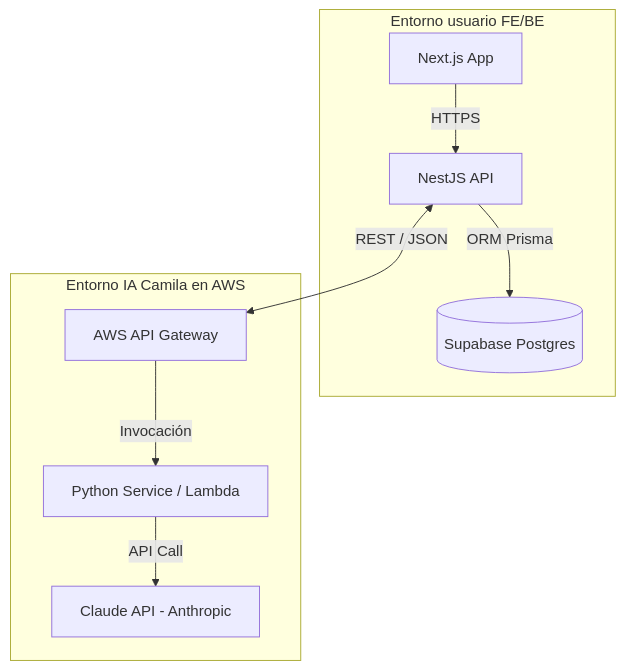
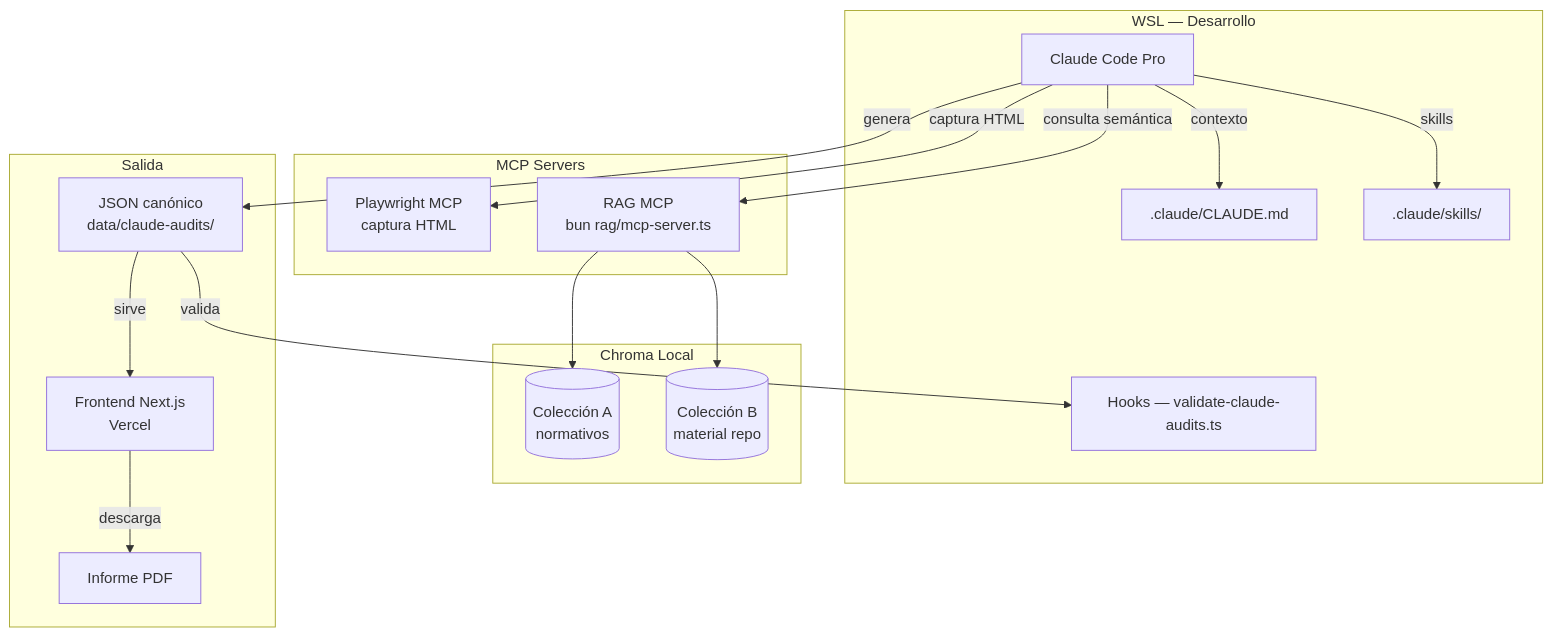
Before and after one commit to Fernandodesign96/lc-inapi.app: the diagram in docs/PROPUESTA_TECNICA_INTEGRAL.md, drawn with Mermaid. The commit also changed other lines of this file, not shown here.

````diff
--- a/docs/PROPUESTA_TECNICA_INTEGRAL.md
+++ b/docs/PROPUESTA_TECNICA_INTEGRAL.md
@@ -57,14 +108,36 @@
 ```mermaid
-graph TD
-    subgraph userEnv [Entorno usuario FE/BE]
-        FE[Next.js App] -->|HTTPS| BE[NestJS API]
-        BE -->|ORM Prisma| DB[(Supabase Postgres)]
-    end
+flowchart TD
+  subgraph wsl [WSL — Desarrollo]
+    CC[Claude Code Pro]
+    CM[.claude/CLAUDE.md]
+    SK[.claude/skills/]
+    HK[Hooks — validate-claude-audits.ts]
+  end
 
-    subgraph awsEnv [Entorno IA Camila en AWS]
-        AWS_GW[AWS API Gateway] -->|Invocación| PY[Python Service / Lambda]
-        PY -->|API Call| CLAUDE[Claude API - Anthropic]
-    end
+  subgraph mcp [MCP Servers]
+    PW[Playwright MCP\ncaptura HTML]
+    RM[RAG MCP\nbun rag/mcp-server.ts]
+  end
 
-    BE <-->|REST / JSON| AWS_GW
+  subgraph chroma [Chroma Local]
+    CA[(Colección A\nnormativos)]
+    CB[(Colección B\nmaterial repo)]
+  end
+
+  subgraph out [Salida]
+    JS[JSON canónico\ndata/claude-audits/]
+    FE[Frontend Next.js\nVercel]
+    PDF[Informe PDF]
+  end
+
+  CC -->|contexto| CM
+  CC -->|skills| SK
+  CC -->|captura HTML| PW
+  CC -->|consulta semántica| RM
+  RM --> CA
+  RM --> CB
+  CC -->|genera| JS
+  JS -->|valida| HK
+  JS -->|sirve| FE
+  FE -->|descarga| PDF
 ```
````
